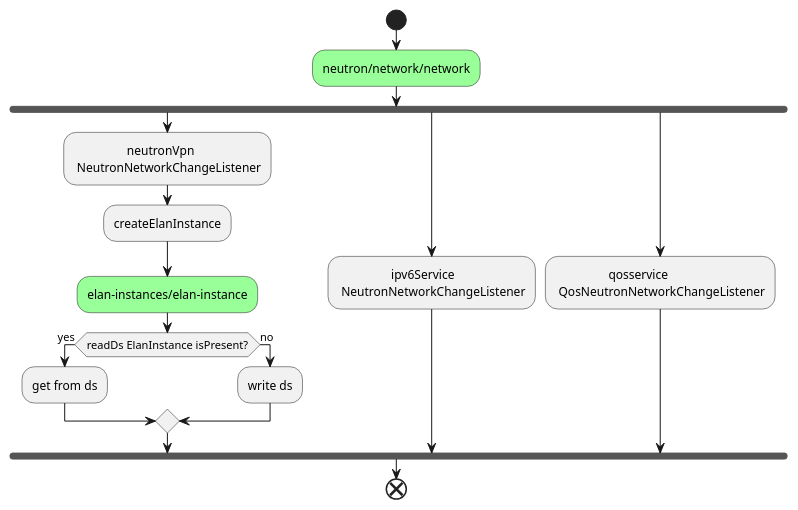
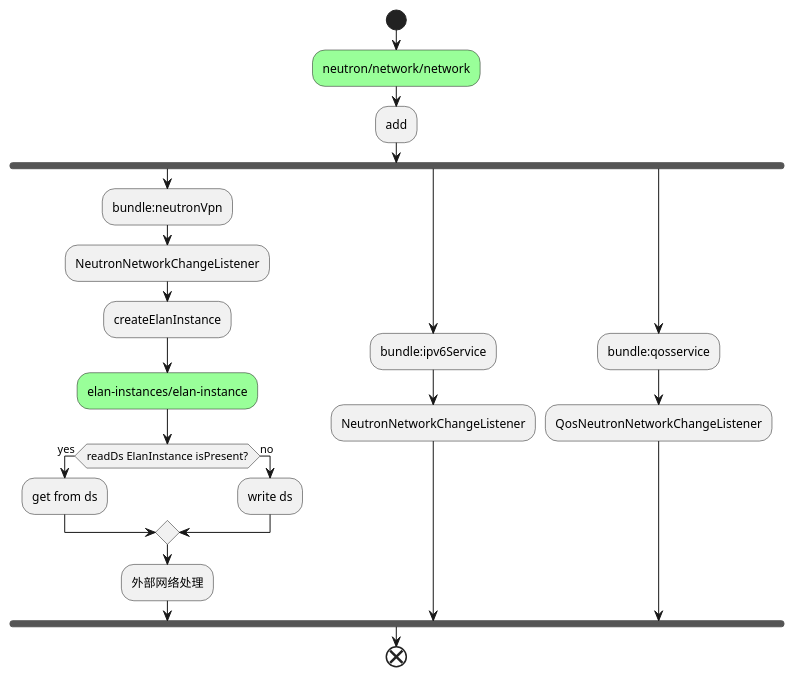
The first of 6 diagrams in 框架/odl/netvirt/网络.md (jiangwei618/vuepress-them-from-reco), drawn with PlantUML before and after one commit. The commit also changed other lines of this file and 4 other files, not shown here.

````diff
--- a/框架/odl/netvirt/网络.md
+++ b/框架/odl/netvirt/网络.md
@@ -23,25 +22,29 @@
 ```plantuml
 @startuml
 start
-     #99FF99:neutron/network/network; 
+    #99FF99:neutron/network/network;
+    :add; 
     fork
-        :                 neutronVpn \n NeutronNetworkChangeListener; 
+        :bundle:neutronVpn; 
+        :NeutronNetworkChangeListener;
         :createElanInstance;
         #99FF99:elan-instances/elan-instance;
         if (readDs ElanInstance isPresent?) then (yes)
             :get from ds; 
         else (no)
             :write ds;
         endif
-        
+        :外部网络处理; 
     fork again
-        :                 ipv6Service \n NeutronNetworkChangeListener;
+        :bundle:ipv6Service;
+        :NeutronNetworkChangeListener;
     fork again
-        :                 qosservice \n QosNeutronNetworkChangeListener;
+        :bundle:qosservice;
+        :QosNeutronNetworkChangeListener;
     end fork
     
 end
 
 @enduml
 
 ```
````
